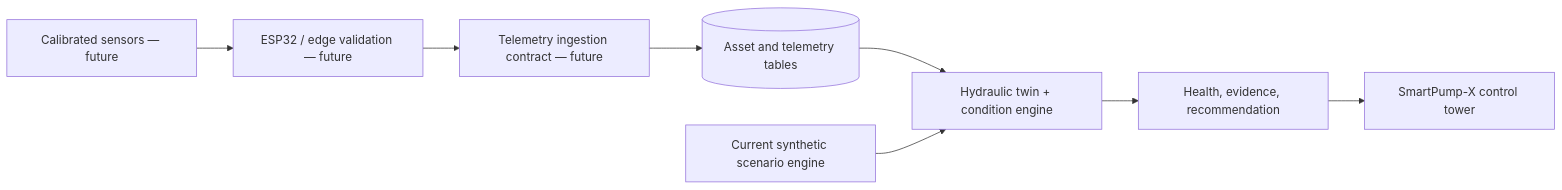
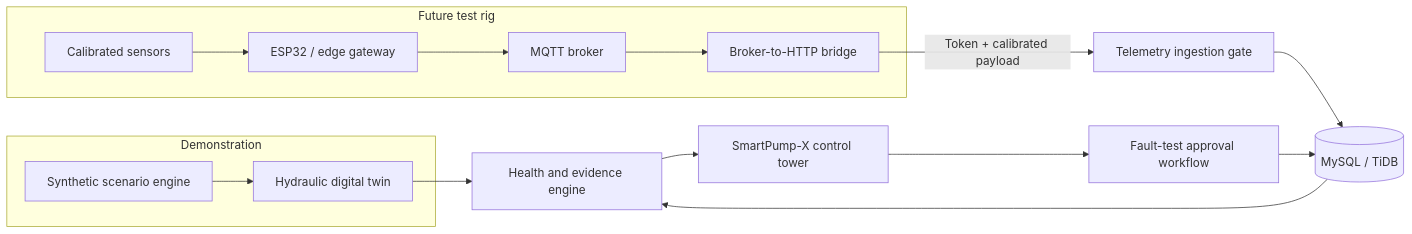
The diagram in README.md (karanDebugger/SmartPump-X), drawn with Mermaid before and after one commit. The commit also changed other lines of this file and 3 other files, not shown here.

````diff
--- a/README.md
+++ b/README.md
@@ -38,10 +36,18 @@
 ```mermaid
 flowchart LR
-  S[Calibrated sensors — future] --> E[ESP32 / edge validation — future]
-  E --> I[Telemetry ingestion contract — future]
-  I --> D[(Asset and telemetry tables)]
-  D --> T[Hydraulic twin + condition engine]
-  T --> A[Health, evidence, recommendation]
-  A --> C[SmartPump-X control tower]
-  X[Current synthetic scenario engine] --> T
+  subgraph Demonstration
+    SIM[Synthetic scenario engine] --> TWIN[Hydraulic digital twin]
+  end
+  subgraph Future test rig
+    SENSORS[Calibrated sensors] --> ESP[ESP32 / edge gateway]
+    ESP --> MQTT[MQTT broker]
+    MQTT --> BRIDGE[Broker-to-HTTP bridge]
+  end
+  BRIDGE -->|Token + calibrated payload| INGEST[Telemetry ingestion gate]
+  INGEST --> DB[(MySQL / TiDB)]
+  TWIN --> HEALTH[Health and evidence engine]
+  DB --> HEALTH
+  HEALTH --> UI[SmartPump-X control tower]
+  GOV[Fault-test approval workflow] --> DB
+  UI --> GOV
 ```
````
